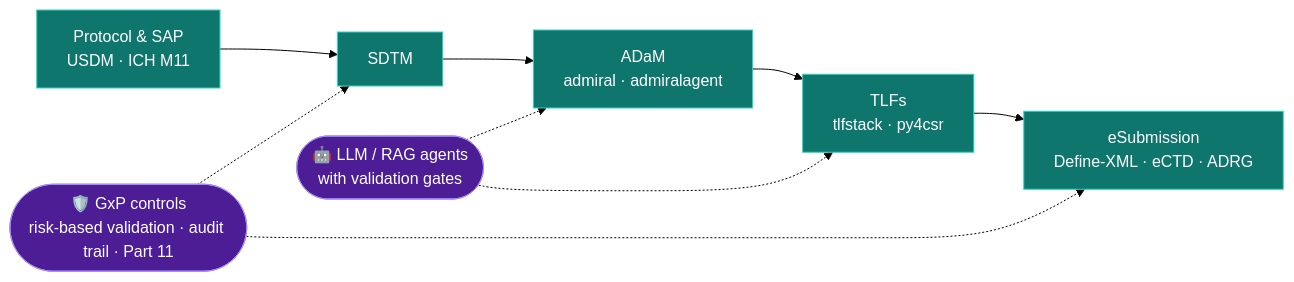
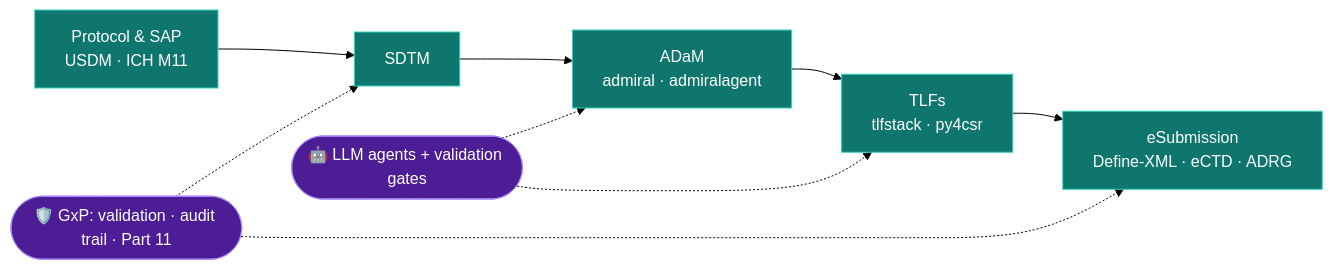
One commit to yanmingyu92/yanmingyu92 changed the diagram in README.md. Above: the diagram before and after it, drawn with Mermaid (forest theme).

Commit message:
docs: tighten workflow diagram labels

````diff
--- a/README.md
+++ b/README.md
@@ -39,15 +39,15 @@
 ```mermaid
 flowchart LR
     P["Protocol & SAP<br/>USDM · ICH M11"] --> S["SDTM"]
     S --> A["ADaM<br/>admiral · admiralagent"]
     A --> T["TLFs<br/>tlfstack · py4csr"]
     T --> E["eSubmission<br/>Define-XML · eCTD · ADRG"]
-    AI(["🤖 LLM / RAG agents<br/>with validation gates"]) -.-> A
+    AI(["🤖 LLM agents + validation gates"]) -.-> A
     AI -.-> T
-    G(["🛡️ GxP controls<br/>risk-based validation · audit trail · Part 11"]) -.-> S
+    G(["🛡️ GxP: validation · audit trail · Part 11"]) -.-> S
     G -.-> E
     classDef core fill:#0f766e,stroke:#2dd4bf,color:#ffffff
     classDef layer fill:#4c1d95,stroke:#a78bfa,color:#ffffff
     class P,S,A,T,E core
     class AI,G layer
 ```
````
